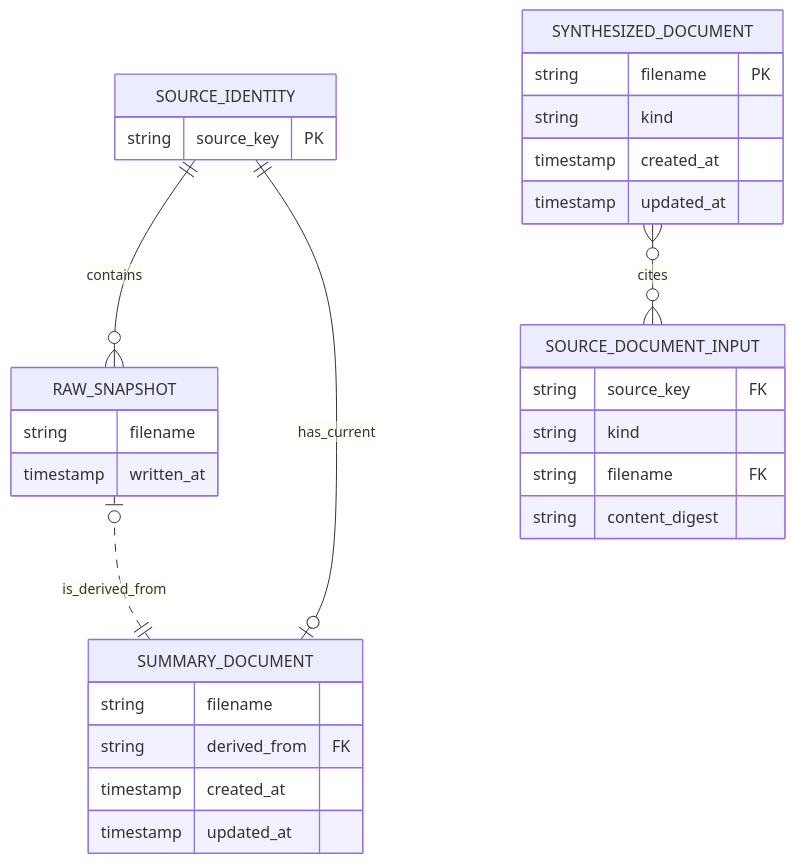
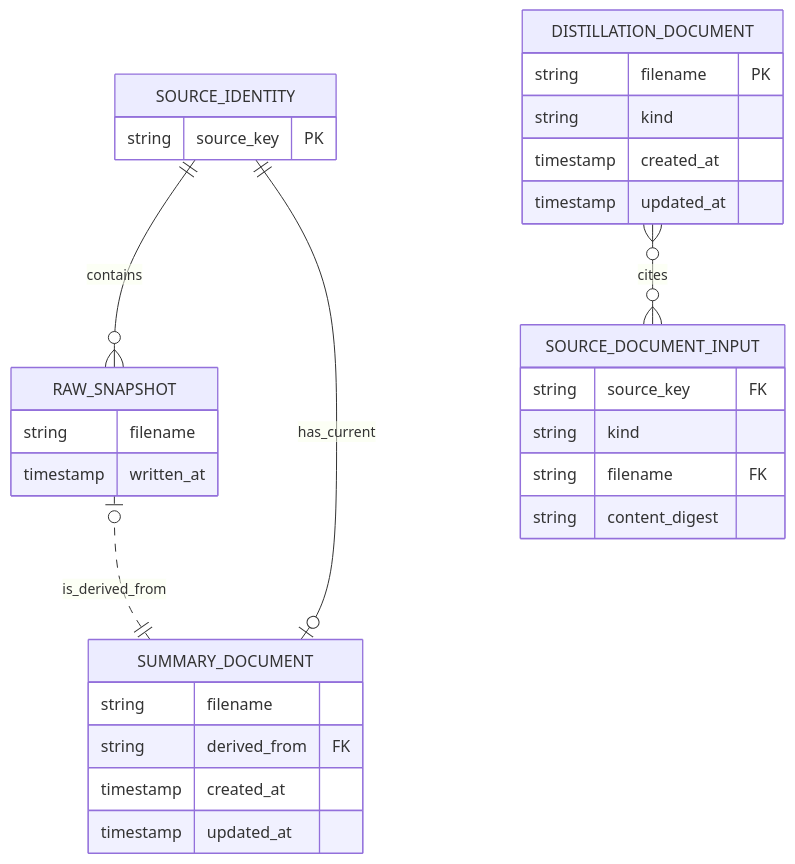
The diagram in docs/ontology.md (skillicinski/bo), drawn with Mermaid before and after one commit. The commit also changed other lines of this file and 21 other files, not shown here.

Commit message:
refactor: adopt distillation document model

````diff
--- a/docs/ontology.md
+++ b/docs/ontology.md
@@ -6,33 +6,33 @@
 ```mermaid
 erDiagram
     SOURCE_IDENTITY ||--o{ RAW_SNAPSHOT : contains
     SOURCE_IDENTITY ||--o| SUMMARY_DOCUMENT : has_current
     RAW_SNAPSHOT |o..|| SUMMARY_DOCUMENT : is_derived_from
 
     SOURCE_IDENTITY {
         string source_key PK
     }
     RAW_SNAPSHOT {
         string filename
         timestamp written_at
     }
     SUMMARY_DOCUMENT {
         string filename
         string derived_from FK
         timestamp created_at
         timestamp updated_at
     }
-    SYNTHESIZED_DOCUMENT {
+    DISTILLATION_DOCUMENT {
         string filename PK
         string kind
         timestamp created_at
         timestamp updated_at
     }
     SOURCE_DOCUMENT_INPUT {
         string source_key FK
         string kind
         string filename FK
         string content_digest
     }
-    SYNTHESIZED_DOCUMENT }o--o{ SOURCE_DOCUMENT_INPUT : cites
+    DISTILLATION_DOCUMENT }o--o{ SOURCE_DOCUMENT_INPUT : cites
 ```
````
